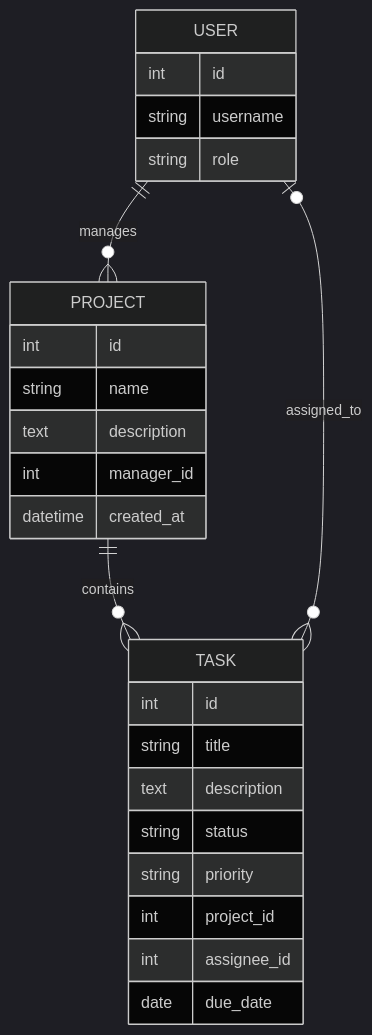
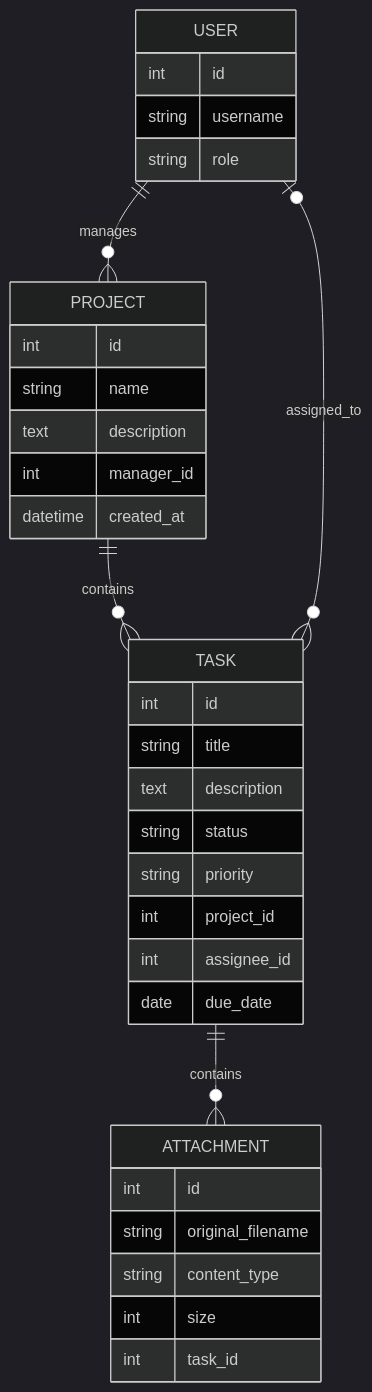
One commit to Kelus01/TaskTracker changed the diagram in README.md. Above: the diagram before and after it, drawn with Mermaid (dark theme). The commit also changed other lines of this file and 16 other files, not shown here.

````diff
--- a/README.md
+++ b/README.md
@@ -32,29 +32,37 @@
 ```mermaid
 erDiagram
     USER ||--o{ PROJECT : manages
     PROJECT ||--o{ TASK : contains
     USER o|--o{ TASK : assigned_to
+    TASK ||--o{ ATTACHMENT : contains
 
     USER {
         int id
         string username
         string role
     }
     PROJECT {
         int id
         string name
         text description
         int manager_id
         datetime created_at
     }
     TASK {
         int id
         string title
         text description
         string status
         string priority
         int project_id
         int assignee_id
         date due_date
     }
+    ATTACHMENT {
+        int id
+        string original_filename
+        string content_type
+        int size
+        int task_id
+    }
 ```
````
